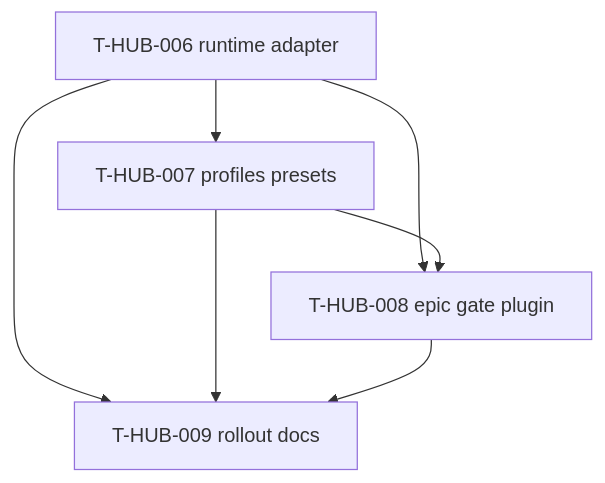
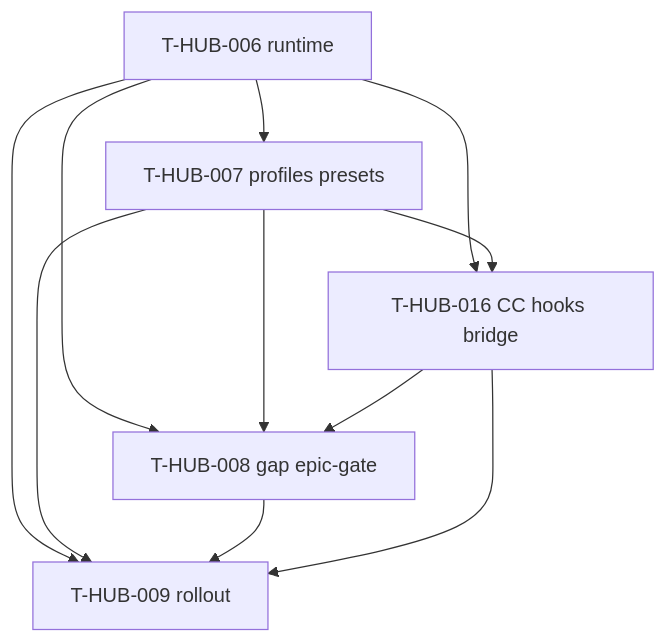
The diagram in memory-bank/back/plan/roadmap-dsh-loop-backend-epics.md (aeroalgo/dev-hub), drawn with Mermaid before and after one commit. The commit also changed other lines of this file and 305 other files, not shown here.

````diff
--- a/memory-bank/back/plan/roadmap-dsh-loop-backend-epics.md
+++ b/memory-bank/back/plan/roadmap-dsh-loop-backend-epics.md
@@ -25,13 +26,18 @@
 ```mermaid
 flowchart TB
-  H006[T-HUB-006 runtime adapter]
+  H006[T-HUB-006 runtime]
   H007[T-HUB-007 profiles presets]
-  H008[T-HUB-008 epic gate plugin]
-  H009[T-HUB-009 rollout docs]
+  H016[T-HUB-016 CC hooks bridge]
+  H008[T-HUB-008 gap epic-gate]
+  H009[T-HUB-009 rollout]
   H006 --> H007
+  H006 --> H016
+  H007 --> H016
   H006 --> H008
   H007 --> H008
+  H016 --> H008
   H006 --> H009
   H007 --> H009
   H008 --> H009
+  H016 --> H009
 ```
````
